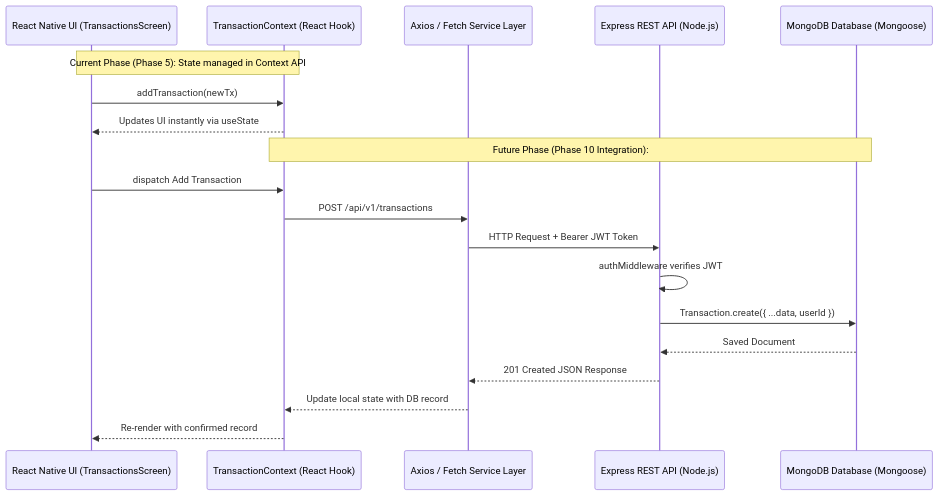
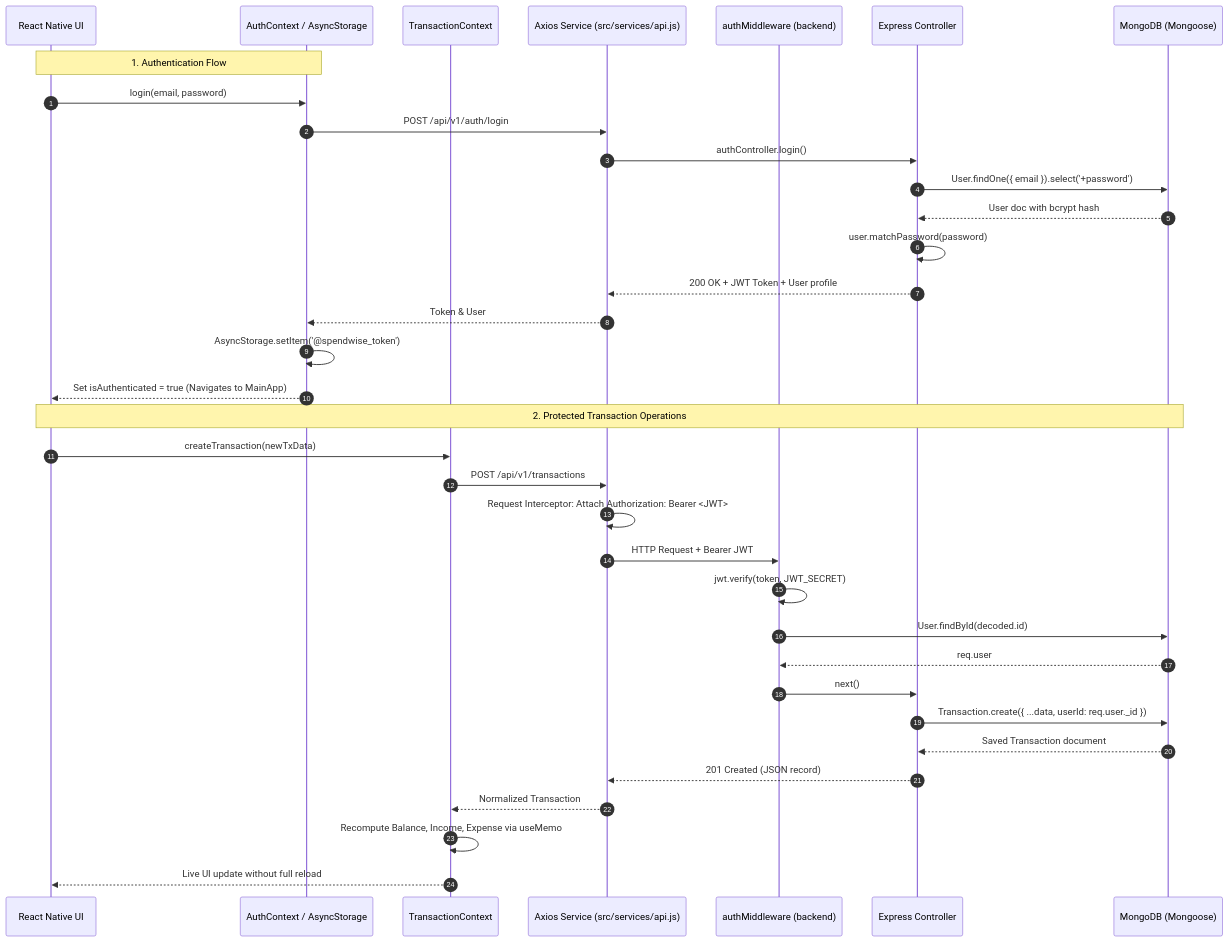
One commit to hemangsingh-47/spendwise changed the diagram in docs/PROJECT_ARCHITECTURE.md. Above: the diagram before and after it, drawn with Mermaid. The commit also changed other lines of this file and 2 other files, not shown here.

Commit message:
Update project architecture, phase tracker, and viva preparation guide with 35 Q&As

````diff
--- a/docs/PROJECT_ARCHITECTURE.md
+++ b/docs/PROJECT_ARCHITECTURE.md
@@ -127,23 +150,39 @@
 ```mermaid
 sequenceDiagram
-    participant UI as React Native UI (TransactionsScreen)
-    participant Context as TransactionContext (React Hook)
-    participant API as Axios / Fetch Service Layer
-    participant Express as Express REST API (Node.js)
-    participant DB as MongoDB Database (Mongoose)
+    autonumber
+    participant UI as React Native UI
+    participant AuthCtx as AuthContext / AsyncStorage
+    participant TxCtx as TransactionContext
+    participant ApiClient as Axios Service (src/services/api.js)
+    participant AuthMid as authMiddleware (backend)
+    participant Ctrl as Express Controller
+    participant DB as MongoDB (Mongoose)
 
-    Note over UI,Context: Current Phase (Phase 5): State managed in Context API
-    UI->>Context: addTransaction(newTx)
-    Context-->>UI: Updates UI instantly via useState
+    Note over UI,AuthCtx: 1. Authentication Flow
+    UI->>AuthCtx: login(email, password)
+    AuthCtx->>ApiClient: POST /api/v1/auth/login
+    ApiClient->>Ctrl: authController.login()
+    Ctrl->>DB: User.findOne({ email }).select('+password')
+    DB-->>Ctrl: User doc with bcrypt hash
+    Ctrl->>Ctrl: user.matchPassword(password)
+    Ctrl-->>ApiClient: 200 OK + JWT Token + User profile
+    ApiClient-->>AuthCtx: Token & User
+    AuthCtx->>AuthCtx: AsyncStorage.setItem('@spendwise_token')
+    AuthCtx-->>UI: Set isAuthenticated = true (Navigates to MainApp)
 
-    Note over Context,DB: Future Phase (Phase 10 Integration):
-    UI->>Context: dispatch Add Transaction
-    Context->>API: POST /api/v1/transactions
-    API->>Express: HTTP Request + Bearer JWT Token
-    Express->>Express: authMiddleware verifies JWT
-    Express->>DB: Transaction.create({ ...data, userId })
-    DB-->>Express: Saved Document
-    Express-->>API: 201 Created JSON Response
-    API-->>Context: Update local state with DB record
-    Context-->>UI: Re-render with confirmed record
+    Note over UI,DB: 2. Protected Transaction Operations
+    UI->>TxCtx: createTransaction(newTxData)
+    TxCtx->>ApiClient: POST /api/v1/transactions
+    ApiClient->>ApiClient: Request Interceptor: Attach Authorization: Bearer <JWT>
+    ApiClient->>AuthMid: HTTP Request + Bearer JWT
+    AuthMid->>AuthMid: jwt.verify(token, JWT_SECRET)
+    AuthMid->>DB: User.findById(decoded.id)
+    DB-->>AuthMid: req.user
+    AuthMid->>Ctrl: next()
+    Ctrl->>DB: Transaction.create({ ...data, userId: req.user._id })
+    DB-->>Ctrl: Saved Transaction document
+    Ctrl-->>ApiClient: 201 Created (JSON record)
+    ApiClient-->>TxCtx: Normalized Transaction
+    TxCtx->>TxCtx: Recompute Balance, Income, Expense via useMemo
+    TxCtx-->>UI: Live UI update without full reload
 ```
````
